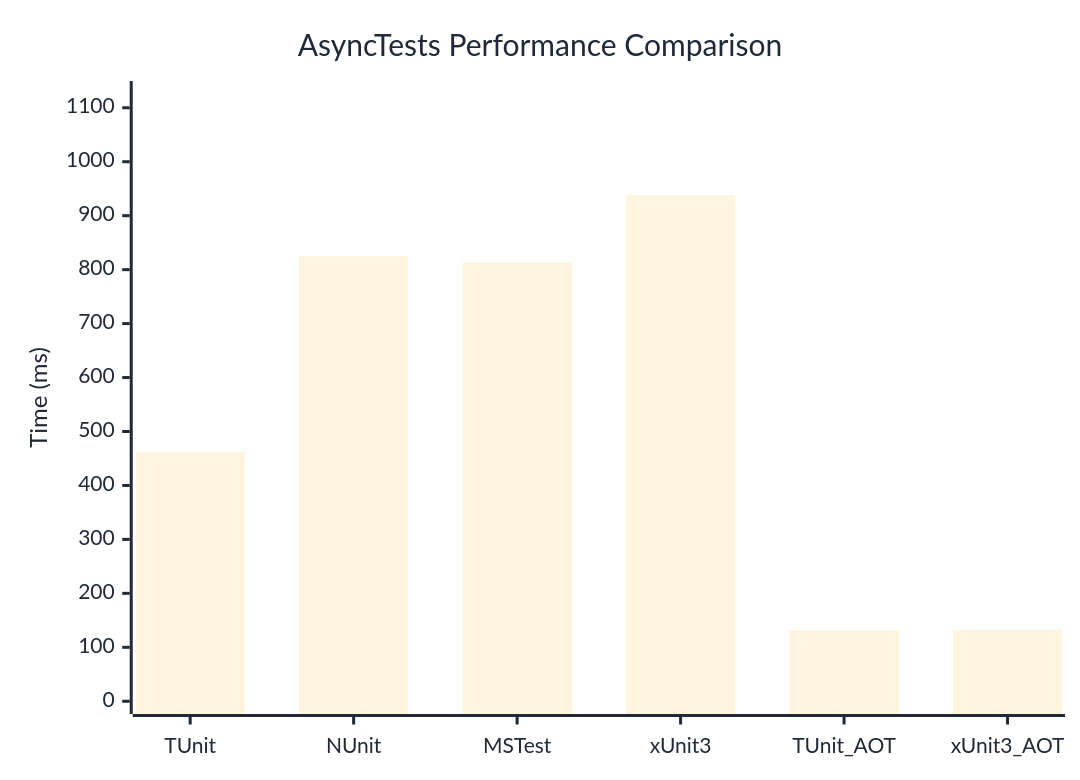
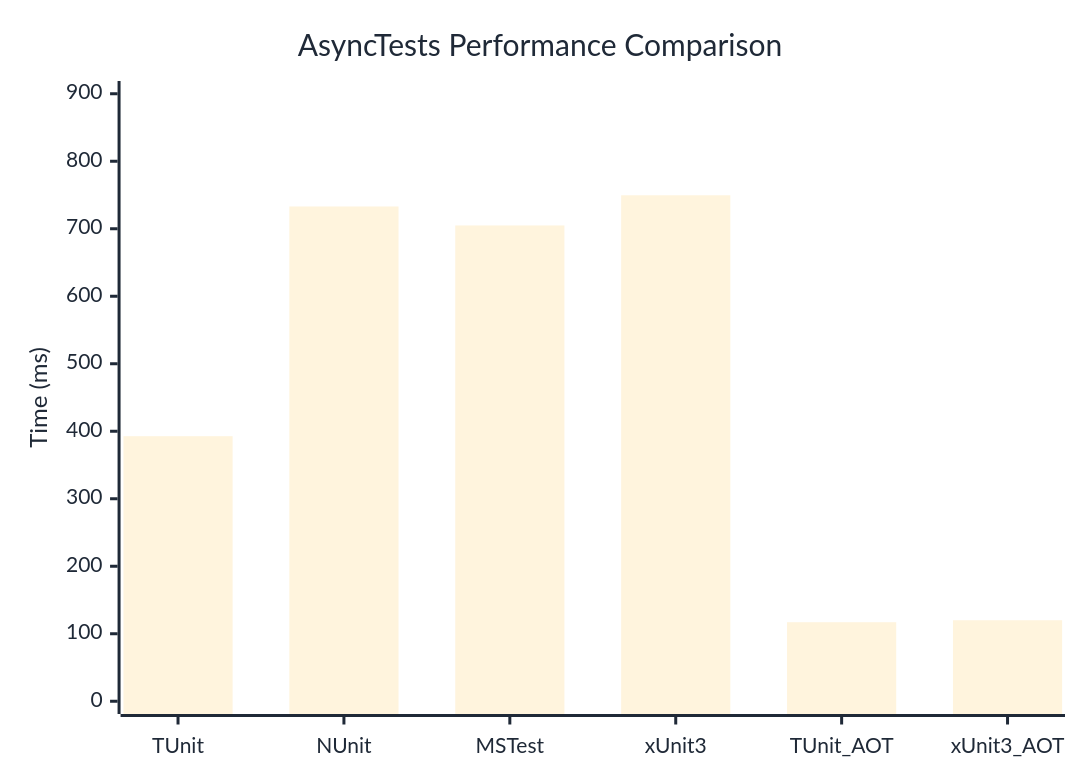
The diagram in docs/docs/benchmarks/engine/AsyncTests.md (thomhurst/TUnit), drawn with Mermaid before and after one commit. The commit also changed other lines of this file and 18 other files, not shown here.

````diff
--- a/docs/docs/benchmarks/engine/AsyncTests.md
+++ b/docs/docs/benchmarks/engine/AsyncTests.md
@@ -30,37 +30,37 @@
 ```mermaid
 %%{init: {
   'theme':'base',
   'themeVariables': {
     'primaryColor': '#2563eb',
     'primaryTextColor': '#1f2937',
     'primaryBorderColor': '#1e40af',
     'lineColor': '#6b7280',
     'secondaryColor': '#7c3aed',
     'tertiaryColor': '#dc2626',
     'background': '#ffffff',
     'mainBkg': '#2563eb',
     'secondBkg': '#7c3aed',
     'tertiaryBkg': '#dc2626',
     'clusterBkg': '#f3f4f6',
     'edgeLabelBackground': '#ffffff',
     'tertiaryTextColor': '#1f2937',
     'pie1': '#2563eb',
     'pie2': '#7c3aed',
     'pie3': '#dc2626',
     'pie4': '#f59e0b',
     'pie5': '#10b981',
     'pie6': '#06b6d4',
     'pie7': '#ec4899',
     'pie8': '#6366f1',
     'pie9': '#84cc16',
     'pie10': '#f97316',
     'pie11': '#14b8a6',
     'pie12': '#a855f7'
   }
 }}%%
 xychart-beta
   title "AsyncTests Performance Comparison"
   x-axis ["TUnit", "NUnit", "MSTest", "xUnit3", "TUnit_AOT", "xUnit3_AOT"]
-  y-axis "Time (ms)" 0 --> 1126
-  bar [462.4, 825, 813.7, 937.9, 132.2, 132.4]
+  y-axis "Time (ms)" 0 --> 900
+  bar [392.7, 733, 704.9, 749.6, 117.1, 120]
 ```
````
